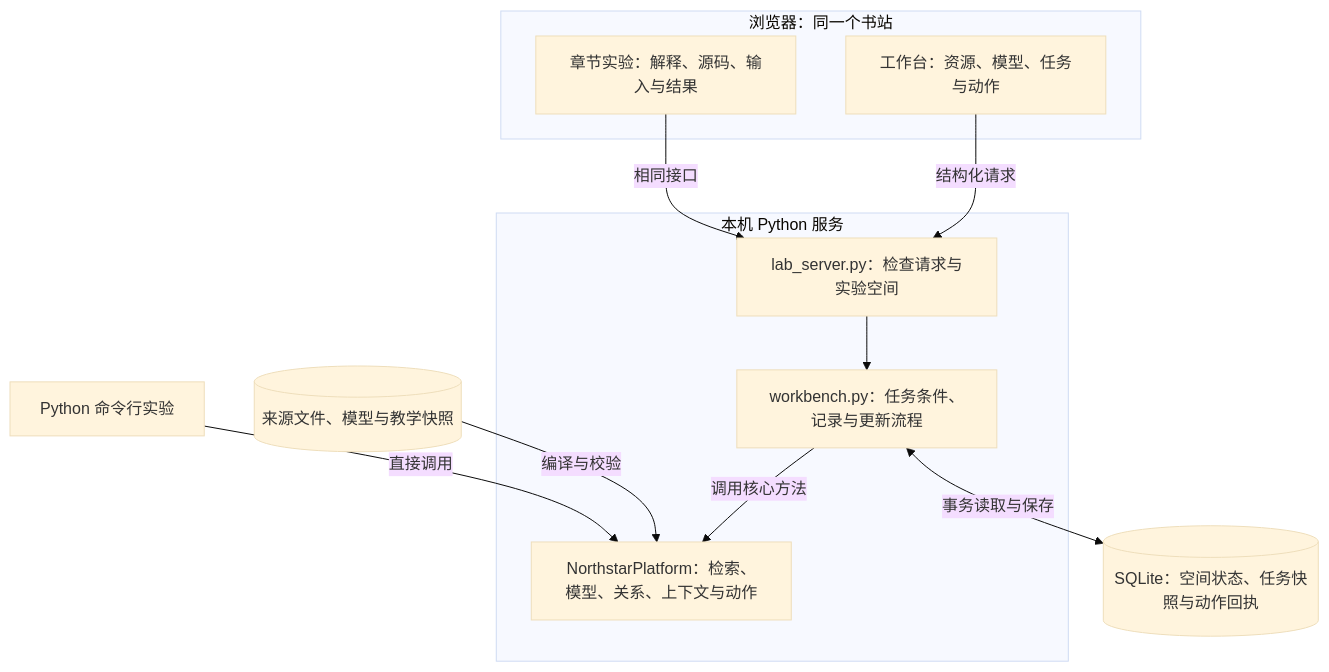
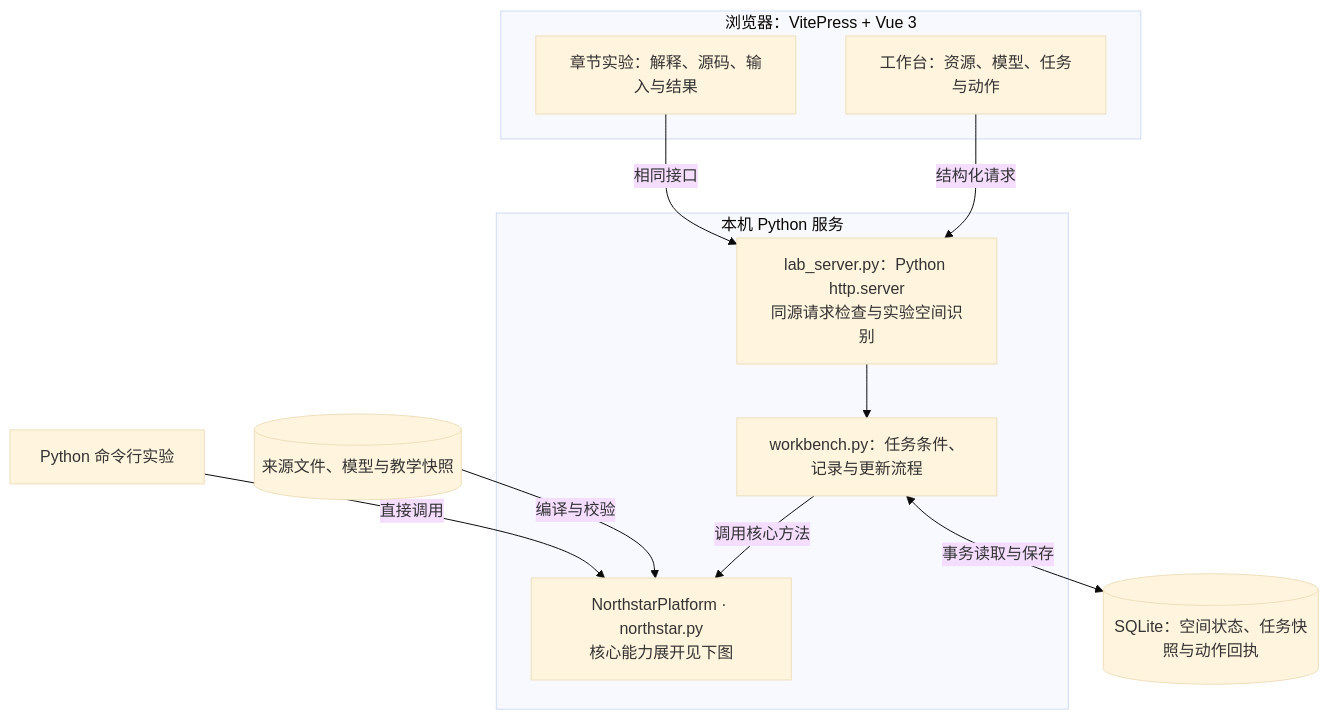
One commit to LENSHOOD/enterprise-context-book changed the second of 5 diagrams in book/part-4/chapter-14.md. Above: the diagram before and after it, drawn with Mermaid (base theme). The commit also changed other lines of this file and 5 other files, not shown here.

Commit message:
docs: expand Northstar platform architecture and resources (rc.22) (#24)

````diff
--- a/book/part-4/chapter-14.md
+++ b/book/part-4/chapter-14.md
@@ -62,22 +62,22 @@
 ```mermaid
 flowchart TB
-  subgraph Browser["浏览器：同一个书站"]
+  subgraph Browser["浏览器：VitePress + Vue 3"]
     Work["工作台：资源、模型、任务与动作"]
     Learn["章节实验：解释、源码、输入与结果"]
   end
   subgraph Local["本机 Python 服务"]
-    HTTP["lab_server.py：检查请求与实验空间"]
+    HTTP["lab_server.py：Python http.server<br/>同源请求检查与实验空间识别"]
     App["workbench.py：任务条件、记录与更新流程"]
-    Core["NorthstarPlatform：检索、模型、关系、上下文与动作"]
+    Core["NorthstarPlatform · northstar.py<br/>核心能力展开见下图"]
   end
   Files[("来源文件、模型与教学快照")]
   DB[("SQLite：空间状态、任务快照与动作回执")]
   CLI["Python 命令行实验"]
   Work -->|结构化请求| HTTP
   Learn -->|相同接口| HTTP
   HTTP --> App
   App -->|调用核心方法| Core
   App <-->|事务读取与保存| DB
   Files -->|编译与校验| Core
   CLI -->|直接调用| Core
 ```
````
